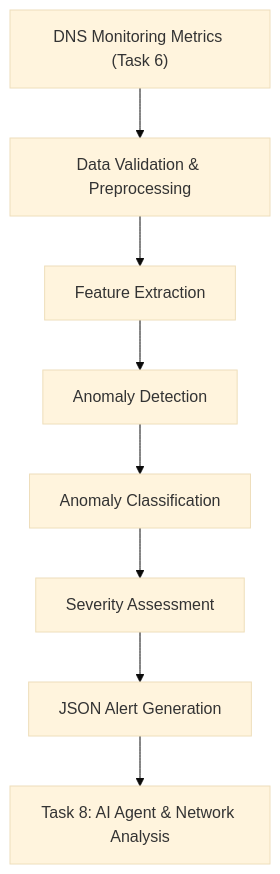
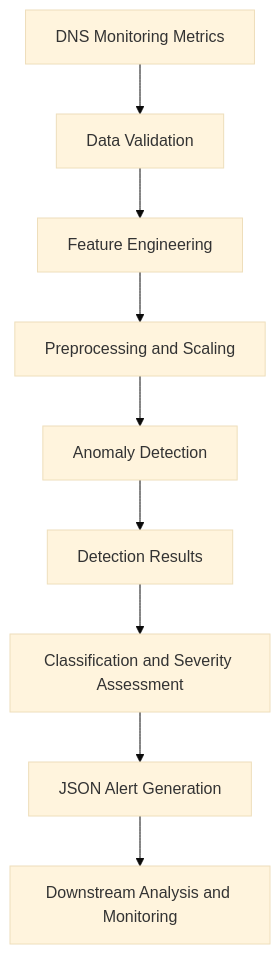
The diagram in README.md (yasmineBouziri/DNS-project), drawn with Mermaid (base theme) before and after one commit. The commit also changed other lines of this file and 19 other files, not shown here.

````diff
--- a/README.md
+++ b/README.md
@@ -47,10 +44,11 @@
 ```mermaid
 flowchart TD
-    A["DNS Monitoring Metrics (Task 6)"] --> B["Data Validation & Preprocessing"]
-    B --> C["Feature Extraction"]
-    C --> D["Anomaly Detection"]
-    D --> E["Anomaly Classification"]
-    E --> F["Severity Assessment"]
-    F --> G["JSON Alert Generation"]
-    G --> H["Task 8: AI Agent & Network Analysis"]
+    A["DNS Monitoring Metrics"] --> B["Data Validation"]
+    B --> C["Feature Engineering"]
+    C --> D["Preprocessing and Scaling"]
+    D --> E["Anomaly Detection"]
+    E --> F["Detection Results"]
+    F --> G["Classification and Severity Assessment"]
+    G --> H["JSON Alert Generation"]
+    H --> I["Downstream Analysis and Monitoring"]
 ```
````
